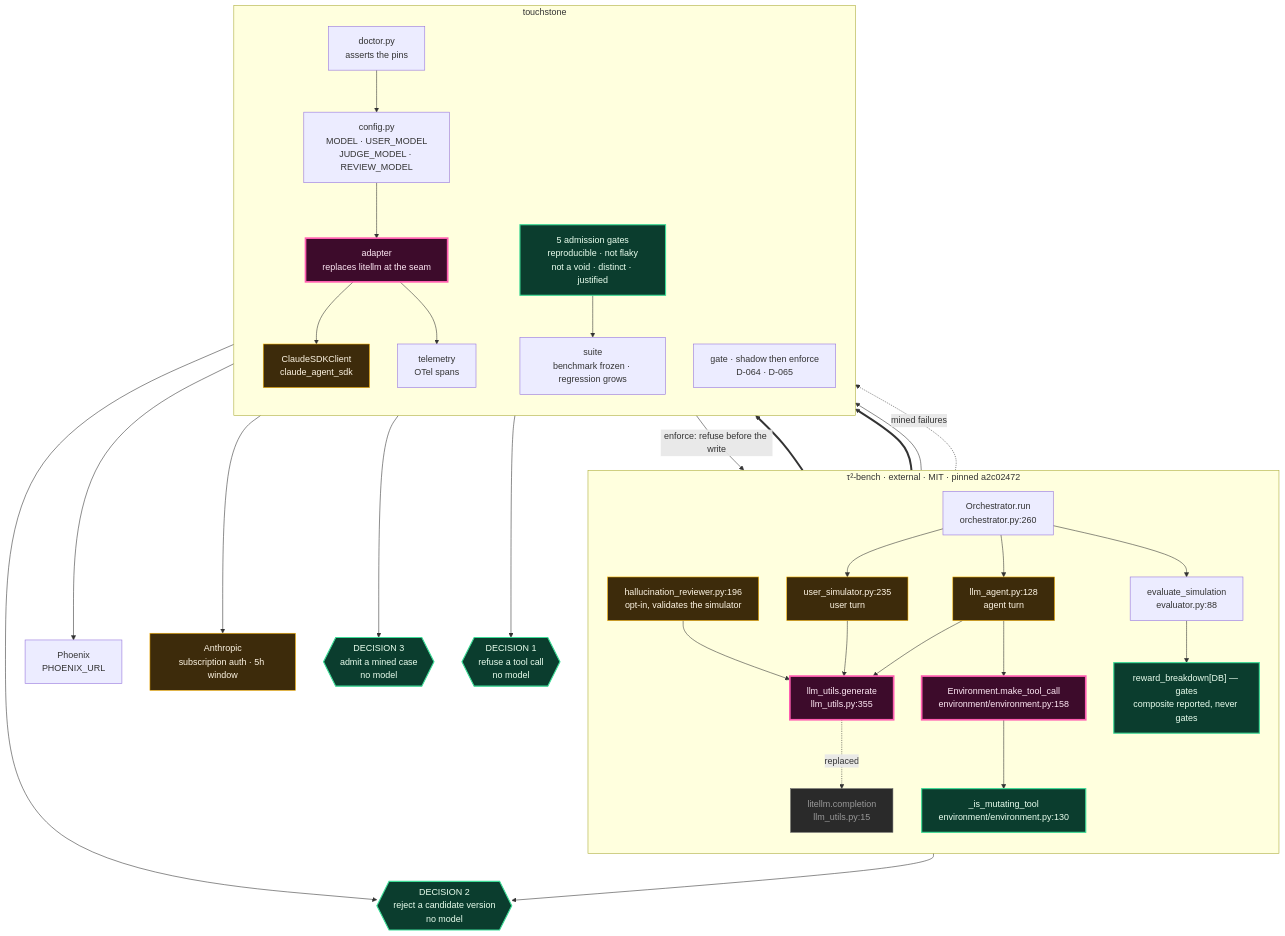
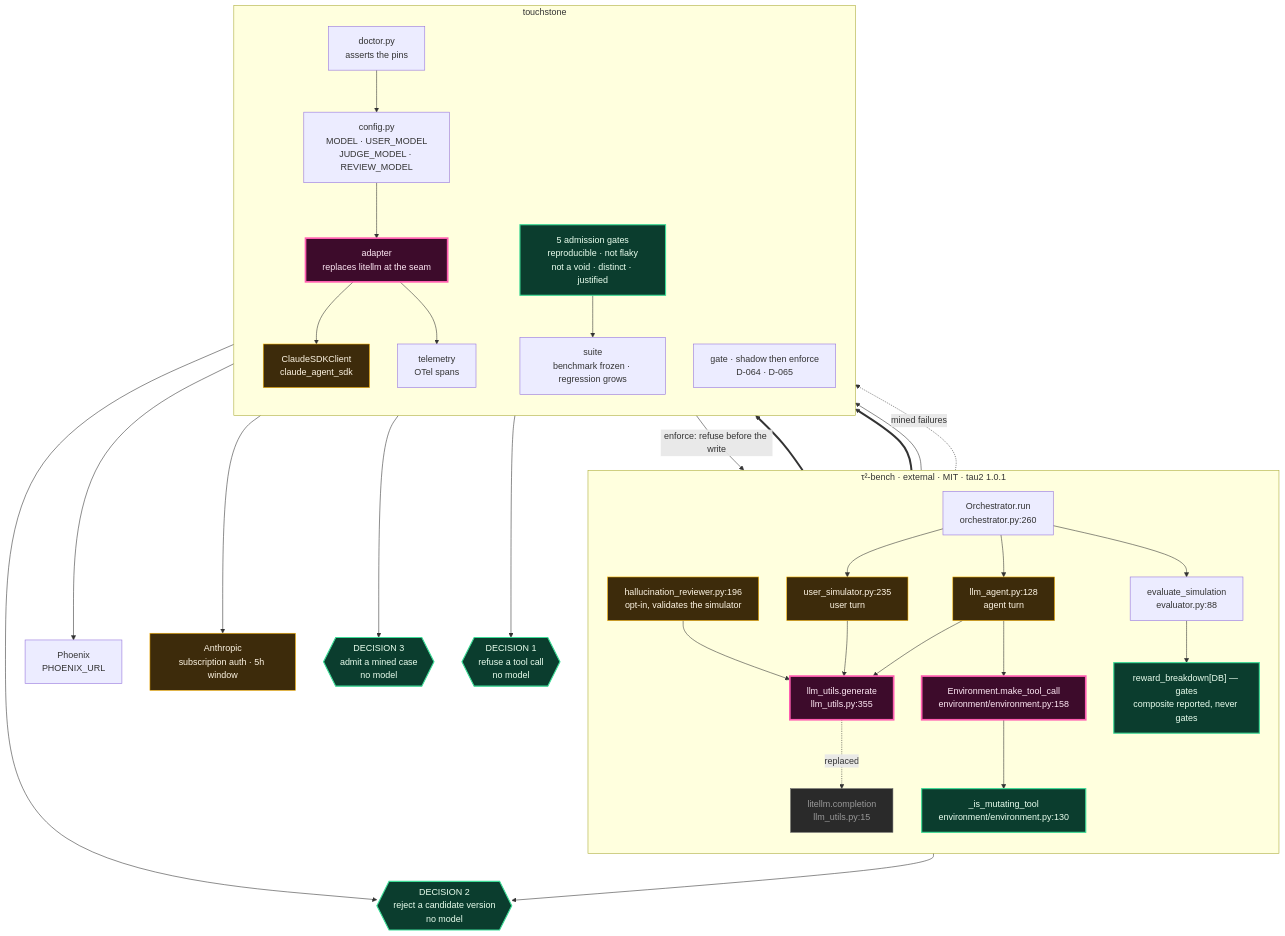
One commit to sandeepyadav1478/touchstone changed the diagram in diagrams/phase1.mmd. Above: the diagram before and after it, drawn with Mermaid. The commit also changed 2 other files, not shown here.

Commit message:
Name the upstream pin as tau2 1.0.1 in the diagrams, not a SHA
The SHA the three diagram sources carried cannot be checked: that checkout is
an extracted source tree with no .git, so git rev-parse fails there. A pin that
reads as mechanical and is not is worse than no pin. Replaced by the package
identity plus the attachment-surface hash that check-diagram.py milestone 4a
already recomputes over the 8 files touchstone attaches to.

```diff
--- a/diagrams/phase1.mmd
+++ b/diagrams/phase1.mmd
@@ -1,76 +1,76 @@
 %% touchstone phase 1 — the adapter, the enforcement point, and the three decisions
-%% Every node names a real symbol: touchstone, or tau2-bench @ a2c02472 (MIT). D-068.
+%% Every node names a real symbol: touchstone, or tau2-bench — tau2 1.0.1 (MIT). D-068.
 flowchart TB
 
-  subgraph TAU2["τ²-bench · external · MIT · pinned a2c02472"]
+  subgraph TAU2["τ²-bench · external · MIT · tau2 1.0.1"]
     direction TB
     RUN["Orchestrator.run<br/>orchestrator.py:260"]
     AGENT["llm_agent.py:128<br/>agent turn"]
     USER["user_simulator.py:235<br/>user turn"]
     REVIEW["hallucination_reviewer.py:196<br/>opt-in, validates the simulator"]
     GEN["llm_utils.generate<br/>llm_utils.py:355"]
     LITE["litellm.completion<br/>llm_utils.py:15"]
     ENVC["Environment.make_tool_call<br/>environment/environment.py:158"]
     MUT["_is_mutating_tool<br/>environment/environment.py:130"]
     EVAL["evaluate_simulation<br/>evaluator.py:88"]
     REW["reward_breakdown[DB] — gates<br/>composite reported, never gates"]
   end
 
   subgraph TS["touchstone"]
     direction TB
     ADP["adapter<br/>replaces litellm at the seam"]
     SDK["ClaudeSDKClient<br/>claude_agent_sdk"]
     CFG["config.py<br/>MODEL · USER_MODEL<br/>JUDGE_MODEL · REVIEW_MODEL"]
     GATE["gate · shadow then enforce<br/>D-064 · D-065"]
     TEL["telemetry<br/>OTel spans"]
     SUITE["suite<br/>benchmark frozen · regression grows"]
     ADMIT["5 admission gates<br/>reproducible · not flaky<br/>not a void · distinct · justified"]
     DOC["doctor.py<br/>asserts the pins"]
   end
 
   PHX["Phoenix<br/>PHOENIX_URL"]
   ANTH["Anthropic<br/>subscription auth · 5h window"]
 
   RUN --> AGENT
   RUN --> USER
   AGENT --> GEN
   USER --> GEN
   REVIEW --> GEN
 
   GEN -. "replaced" .-> LITE
   GEN ==> ADP
   ADP --> SDK --> ANTH
   CFG --> ADP
   DOC --> CFG
 
   AGENT --> ENVC
   ENVC --> MUT
   ENVC ==> GATE
   GATE -- "enforce: refuse before the write" --> ENVC
 
   RUN --> EVAL --> REW
 
   ADP --> TEL
   ENVC --> TEL
   TEL --> PHX
 
   REW --> D2
   ADMIT --> D3
   GATE --> D1
   EVAL -. "mined failures" .-> ADMIT
   ADMIT --> SUITE
   SUITE --> D2
 
   D1{{"DECISION 1<br/>refuse a tool call<br/>no model"}}
   D2{{"DECISION 2<br/>reject a candidate version<br/>no model"}}
   D3{{"DECISION 3<br/>admit a mined case<br/>no model"}}
 
   classDef nomodel fill:#0b3d2e,stroke:#3ddc97,color:#eaffef,stroke-width:2px
   classDef model fill:#3d2b0b,stroke:#ffb703,color:#fff6e5
   classDef seam fill:#3d0b2b,stroke:#ff5db1,color:#ffe9f5,stroke-width:3px
   classDef dead fill:#2a2a2a,stroke:#666,color:#999
 
   class D1,D2,D3,REW,ADMIT,MUT nomodel
   class AGENT,USER,REVIEW,SDK,ANTH model
   class GEN,ADP,ENVC seam
   class LITE dead
```
